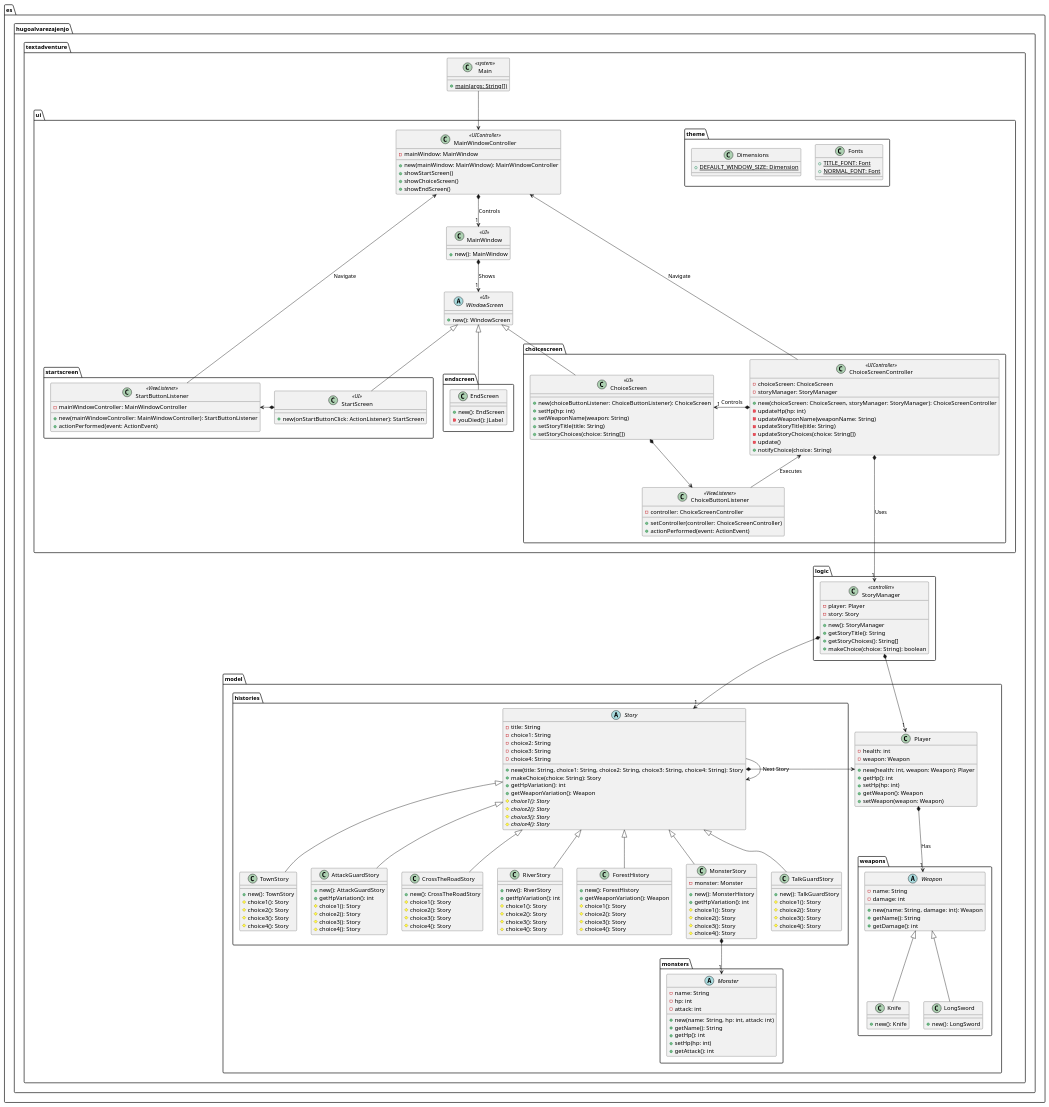
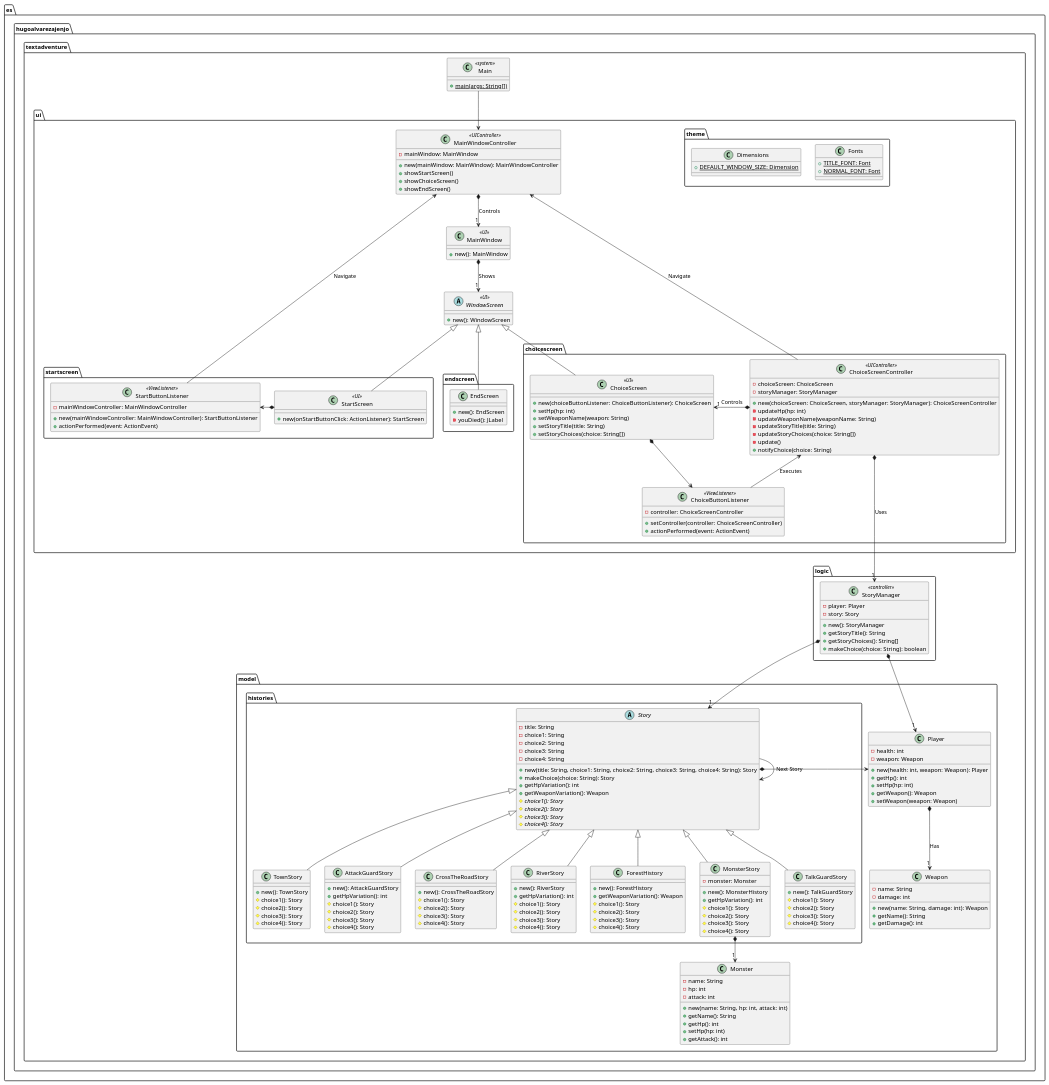
One commit to HugoAlvarezAjenjo/TextAdventure changed the diagram in docs/ClassDiagram.puml. Above: the diagram before and after it, drawn with PlantUML.

Commit message:
docs: Update Class Diagram

```diff
--- a/docs/ClassDiagram.puml
+++ b/docs/ClassDiagram.puml
@@ -11,21 +11,12 @@
             + setWeapon(weapon: Weapon)
         }
 
-        package weapons {
-            abstract Weapon{
-                - name: String
-                - damage: int
-                + new(name: String, damage: int): Weapon
-                + getName(): String
-                + getDamage(): int
-            }
-
-            class Knife {
-                + new(): Knife
-            }
-            class LongSword {
-                + new(): LongSword
-            }
+        class Weapon{
+            - name: String
+            - damage: int
+            + new(name: String, damage: int): Weapon
+            + getName(): String
+            + getDamage(): int
         }
 
         package histories {
@@ -107,17 +98,15 @@
             }
         }
 
-        package monsters {
-            abstract Monster {
-                - name: String
-                - hp: int
-                - attack: int
-                + new(name: String, hp: int, attack: int)
-                + getName(): String
-                + getHp(): int
-                + setHp(hp: int)
-                + getAttack(): int
-            }
+        class Monster {
+            - name: String
+            - hp: int
+            - attack: int
+            + new(name: String, hp: int, attack: int)
+            + getName(): String
+            + getHp(): int
+            + setHp(hp: int)
+            + getAttack(): int
         }
     }
 
@@ -223,9 +212,6 @@
 Story <|-- ForestHistory
 Story <|-- MonsterStory
 
-Weapon <|-- Knife
-Weapon <|-- LongSword
-
 Main --> MainWindowController
 
 MainWindowController *-->"1" MainWindow: Controls
```
